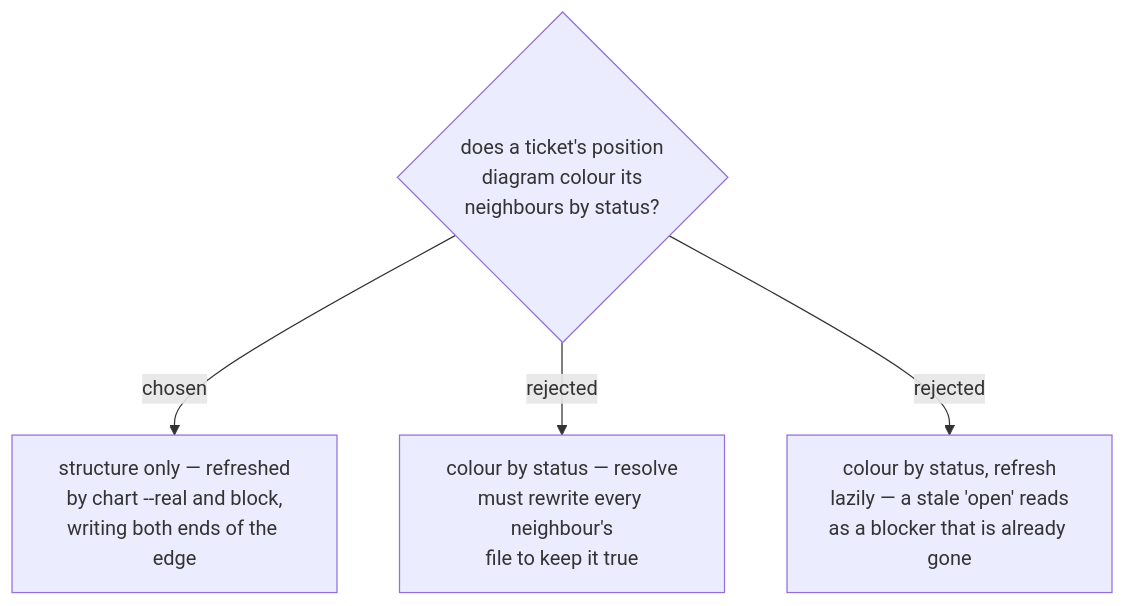
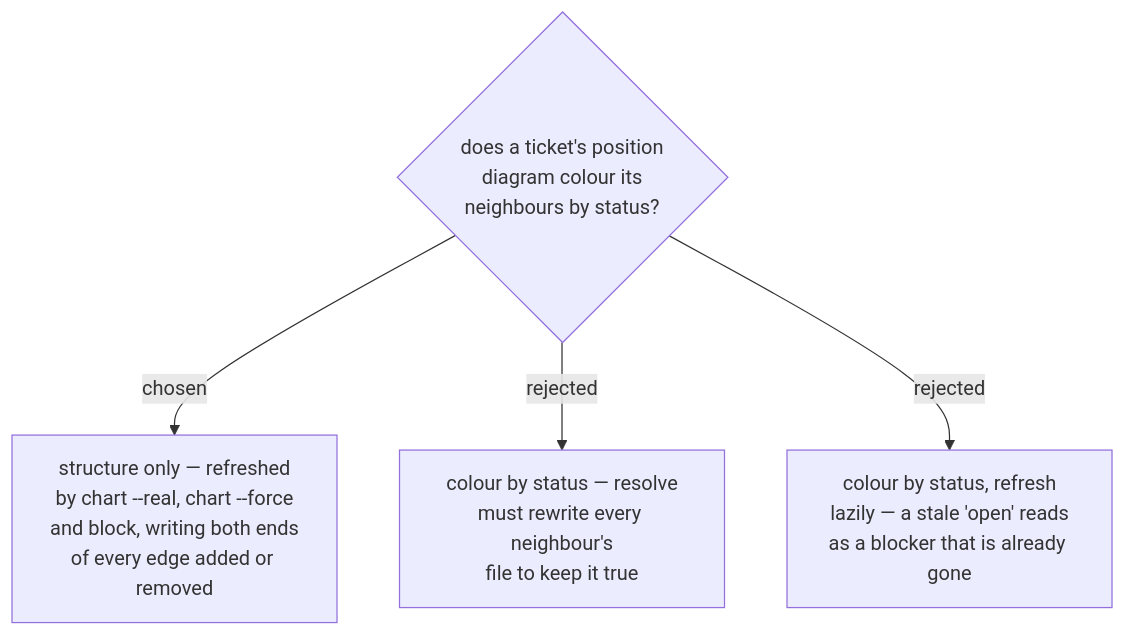
Before and after one commit to ThodsaphonSonthiphin/workflow-daily-work: the diagram in docs/adr/0064-the-position-diagram-shows-structure-only-never-status.md, drawn with Mermaid. The commit also changed other lines of this file and 6 other files, not shown here.

````diff
--- a/docs/adr/0064-the-position-diagram-shows-structure-only-never-status.md
+++ b/docs/adr/0064-the-position-diagram-shows-structure-only-never-status.md
@@ -3,6 +3,6 @@
 ```mermaid
 flowchart TD
-    Q{"does a ticket's position<br/>diagram colour its<br/>neighbours by status?"} -->|chosen| A["structure only — refreshed<br/>by chart --real and block,<br/>writing both ends of the edge"]
+    Q{"does a ticket's position<br/>diagram colour its<br/>neighbours by status?"} -->|chosen| A["structure only — refreshed<br/>by chart --real, chart --force<br/>and block, writing both ends<br/>of every edge added or removed"]
     Q -->|rejected| B["colour by status — resolve<br/>must rewrite every neighbour's<br/>file to keep it true"]
     Q -->|rejected| C["colour by status, refresh<br/>lazily — a stale 'open' reads<br/>as a blocker that is already gone"]
 ```
````
